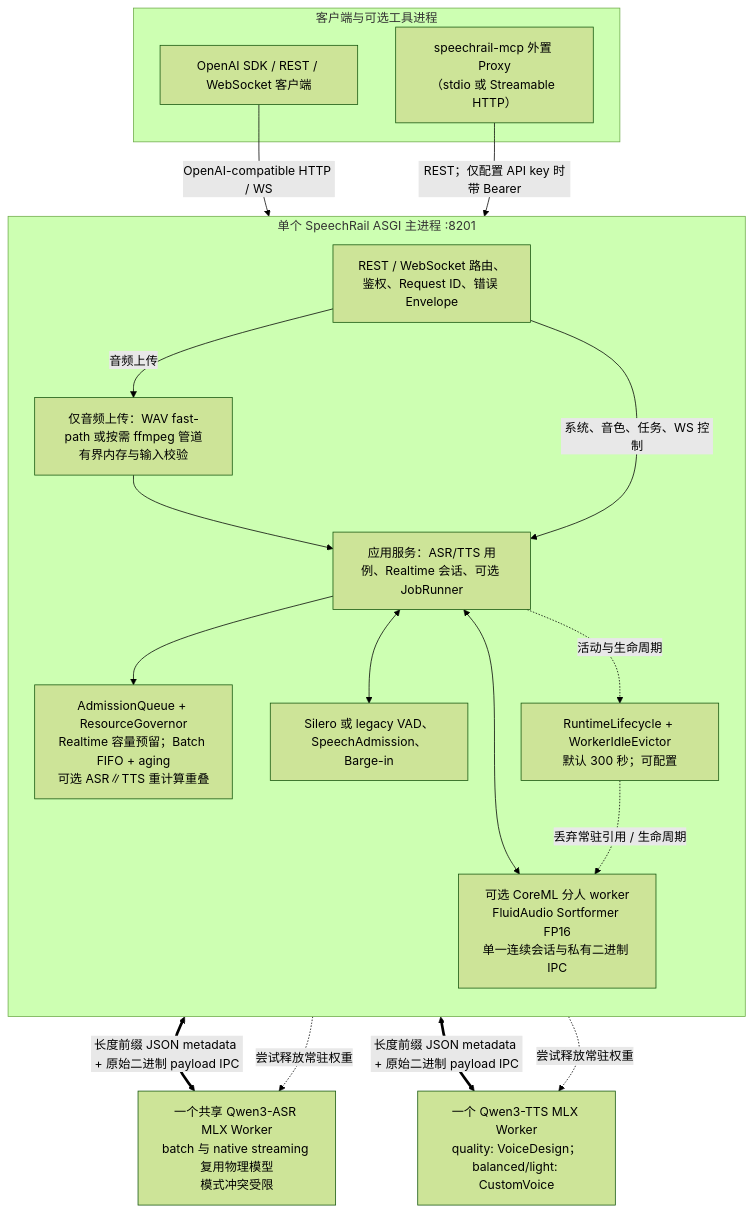
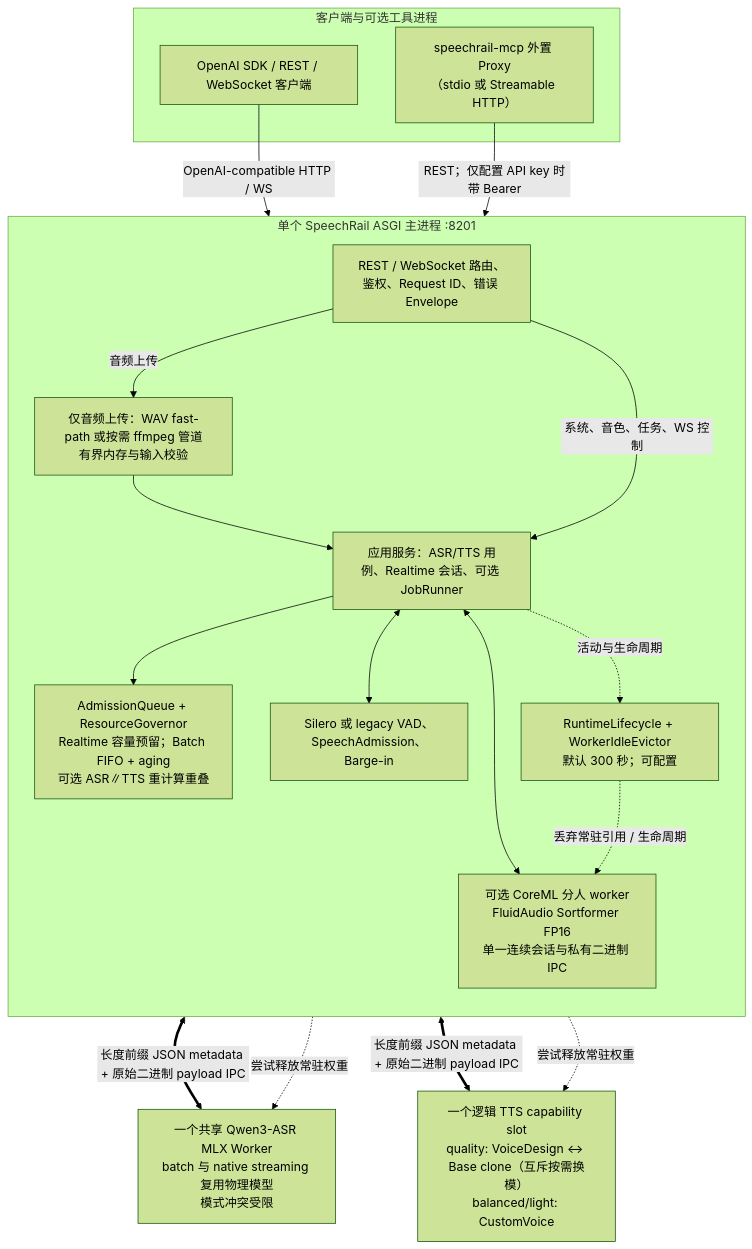
The first of 2 diagrams in docs/architecture/architecture.md (hrygo/SpeechRail), drawn with Mermaid (forest theme) before and after one commit. The commit also changed other lines of this file and 48 other files, not shown here.

Commit message:
feat(tts): separate quality voice design and harden base cloning

````diff
--- a/docs/architecture/architecture.md
+++ b/docs/architecture/architecture.md
@@ -15,36 +15,36 @@
 ```mermaid
 flowchart TD
     subgraph Clients["客户端与可选工具进程"]
         SDK["OpenAI SDK / REST / WebSocket 客户端"]
         MCP["speechrail-mcp 外置 Proxy<br/>（stdio 或 Streamable HTTP）"]
     end
 
     subgraph Host["单个 SpeechRail ASGI 主进程 :8201"]
         direction TB
         Ingress["REST / WebSocket 路由、鉴权、Request ID、错误 Envelope"]
         Decode["仅音频上传：WAV fast-path 或按需 ffmpeg 管道<br/>有界内存与输入校验"]
         App["应用服务：ASR/TTS 用例、Realtime 会话、可选 JobRunner"]
         Admit["AdmissionQueue + ResourceGovernor<br/>Realtime 容量预留；Batch FIFO + aging<br/>可选 ASR∥TTS 重计算重叠"]
         VAD["Silero 或 legacy VAD、SpeechAdmission、Barge-in"]
         Diar["可选 CoreML 分人 worker<br/>FluidAudio Sortformer FP16<br/>单一连续会话与私有二进制 IPC"]
         Life["RuntimeLifecycle + WorkerIdleEvictor<br/>默认 300 秒；可配置"]
 
         Ingress -->|音频上传| Decode --> App
         Ingress -->|系统、音色、任务、WS 控制| App
         App --> Admit
         App <--> VAD
         App <--> Diar
         App -. 活动与生命周期 .-> Life
     end
 
     ASR["一个共享 Qwen3-ASR MLX Worker<br/>batch 与 native streaming 复用物理模型<br/>模式冲突受限"]
-    TTS["一个 Qwen3-TTS MLX Worker<br/>quality: VoiceDesign；balanced/light: CustomVoice"]
+    TTS["一个逻辑 TTS capability slot<br/>quality: VoiceDesign ↔ Base clone（互斥按需换模）<br/>balanced/light: CustomVoice"]
 
     SDK -->|OpenAI-compatible HTTP / WS| Ingress
     MCP -->|REST；仅配置 API key 时带 Bearer| Ingress
     App <==>|"长度前缀 JSON metadata + 原始二进制 payload IPC"| ASR
     App <==>|"长度前缀 JSON metadata + 原始二进制 payload IPC"| TTS
     Life -. 尝试释放常驻权重 .-> ASR
     Life -. 尝试释放常驻权重 .-> TTS
     Life -. 丢弃常驻引用 / 生命周期 .-> Diar
 ```
````
